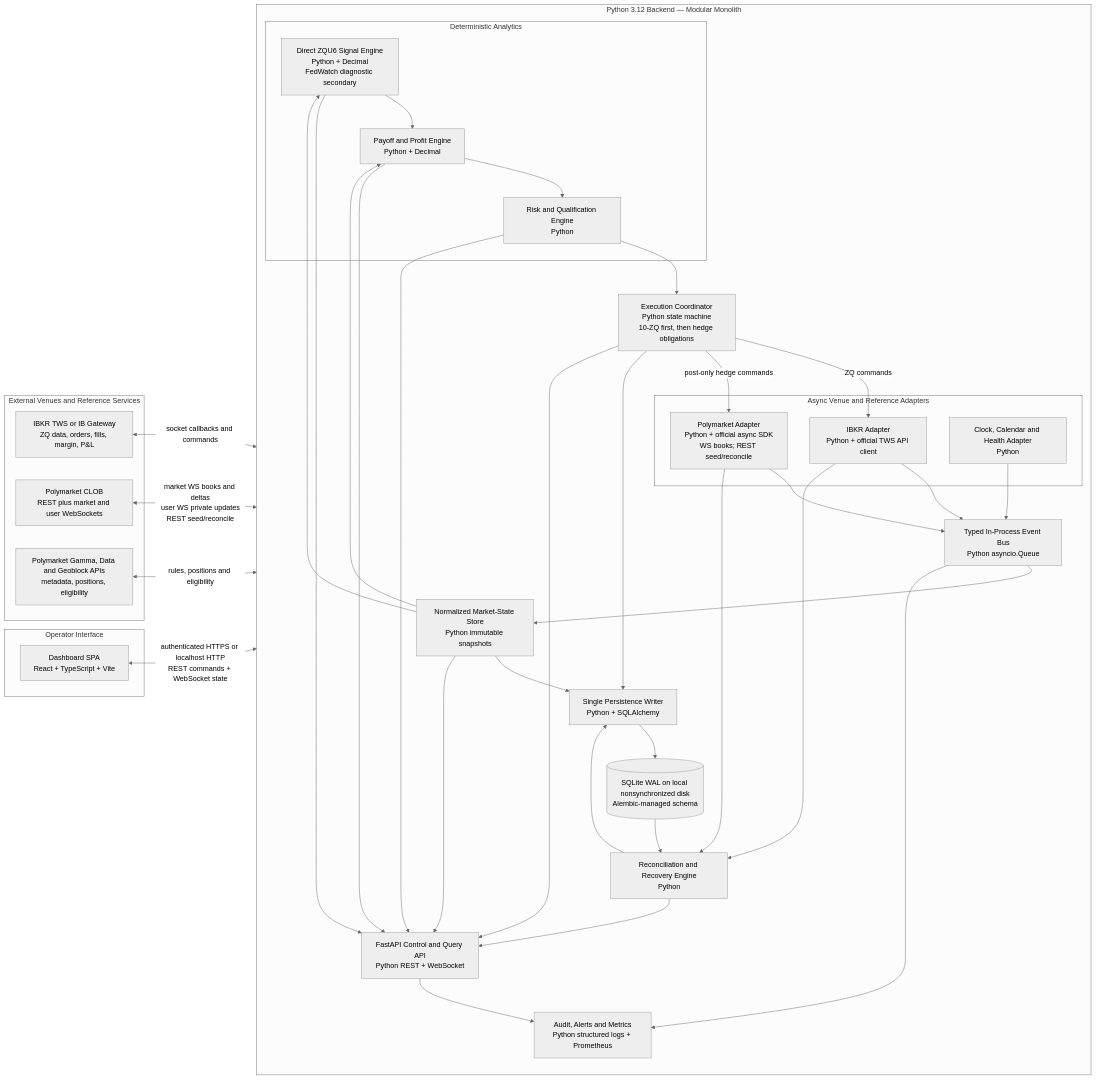
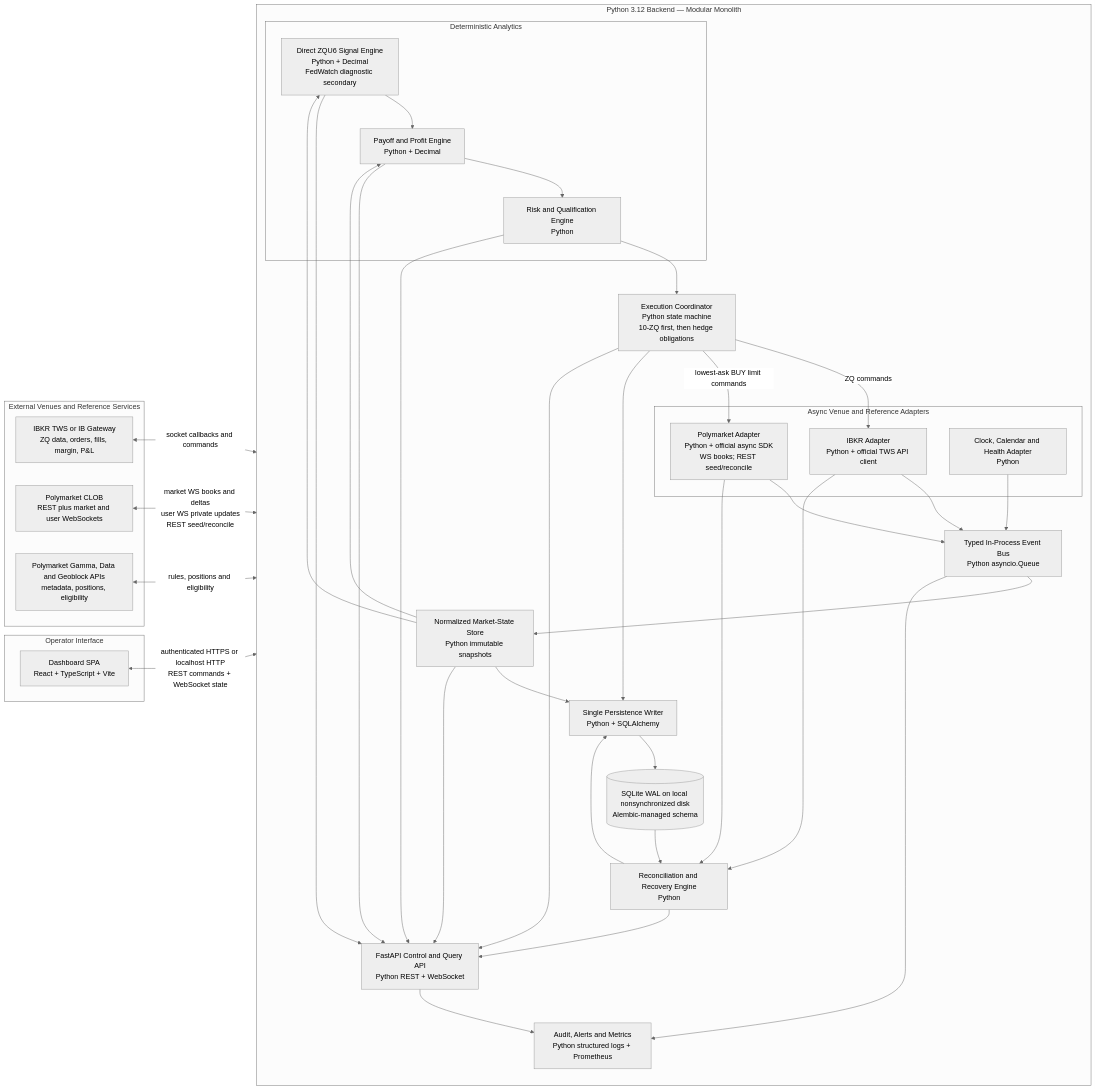
Before and after one commit to yzy0806/Poly-ZQ-trading: the diagram in ZQ_POLYMARKET_ARBITRAGE_ENGINE_DESIGN.md, drawn with Mermaid (neutral theme). The commit also changed other lines of this file and 43 other files, not shown here.

````diff
--- a/ZQ_POLYMARKET_ARBITRAGE_ENGINE_DESIGN.md
+++ b/ZQ_POLYMARKET_ARBITRAGE_ENGINE_DESIGN.md
@@ -595,70 +595,70 @@
 ```mermaid
 flowchart LR
     subgraph VENUES[External Venues and Reference Services]
         IBKR["IBKR TWS or IB Gateway<br/>ZQ data, orders, fills, margin, P&L"]
         POLY["Polymarket CLOB<br/>REST plus market and user WebSockets"]
         META["Polymarket Gamma, Data and Geoblock APIs<br/>metadata, positions, eligibility"]
     end
 
     subgraph BACKEND[Python 3.12 Backend — Modular Monolith]
         direction TB
 
         subgraph ADAPTERS[Async Venue and Reference Adapters]
             IBA["IBKR Adapter<br/>Python + official TWS API client"]
             PMA["Polymarket Adapter<br/>Python + official async SDK<br/>WS books; REST seed/reconcile"]
             TMA["Clock, Calendar and Health Adapter<br/>Python"]
         end
 
         BUS["Typed In-Process Event Bus<br/>Python asyncio.Queue"]
         STATE["Normalized Market-State Store<br/>Python immutable snapshots"]
 
         subgraph ANALYTICS[Deterministic Analytics]
             PROB["Direct ZQU6 Signal Engine<br/>Python + Decimal<br/>FedWatch diagnostic secondary"]
             PAYOFF["Payoff and Profit Engine<br/>Python + Decimal"]
             RISK["Risk and Qualification Engine<br/>Python"]
         end
 
         EXEC["Execution Coordinator<br/>Python state machine<br/>10-ZQ first, then hedge obligations"]
         RECON["Reconciliation and Recovery Engine<br/>Python"]
         WRITER["Single Persistence Writer<br/>Python + SQLAlchemy"]
         DB[("SQLite WAL on local nonsynchronized disk<br/>Alembic-managed schema")]
         API["FastAPI Control and Query API<br/>Python REST + WebSocket"]
         OBS["Audit, Alerts and Metrics<br/>Python structured logs + Prometheus"]
     end
 
     subgraph FRONTEND[Operator Interface]
         WEB["Dashboard SPA<br/>React + TypeScript + Vite"]
     end
 
     IBKR <-->|"socket callbacks and commands"| IBA
     POLY <-->|"market WS books and deltas<br/>user WS private updates<br/>REST seed/reconcile"| PMA
     META <-->|"rules, positions and eligibility"| PMA
 
     IBA --> BUS
     PMA --> BUS
     TMA --> BUS
     BUS --> STATE
     STATE --> PROB
     STATE --> PAYOFF
     PROB --> PAYOFF
     PAYOFF --> RISK
     RISK --> EXEC
     EXEC -->|"ZQ commands"| IBA
-    EXEC -->|"post-only hedge commands"| PMA
+    EXEC -->|"lowest-ask BUY limit commands"| PMA
     IBA --> RECON
     PMA --> RECON
     EXEC --> WRITER
     RECON --> WRITER
     STATE --> WRITER
     WRITER --> DB
     DB --> RECON
     STATE --> API
     PROB --> API
     PAYOFF --> API
     RISK --> API
     EXEC --> API
     RECON --> API
     API --> OBS
     BUS --> OBS
     WEB <-->|"authenticated HTTPS or localhost HTTP<br/>REST commands + WebSocket state"| API
 ```
````
